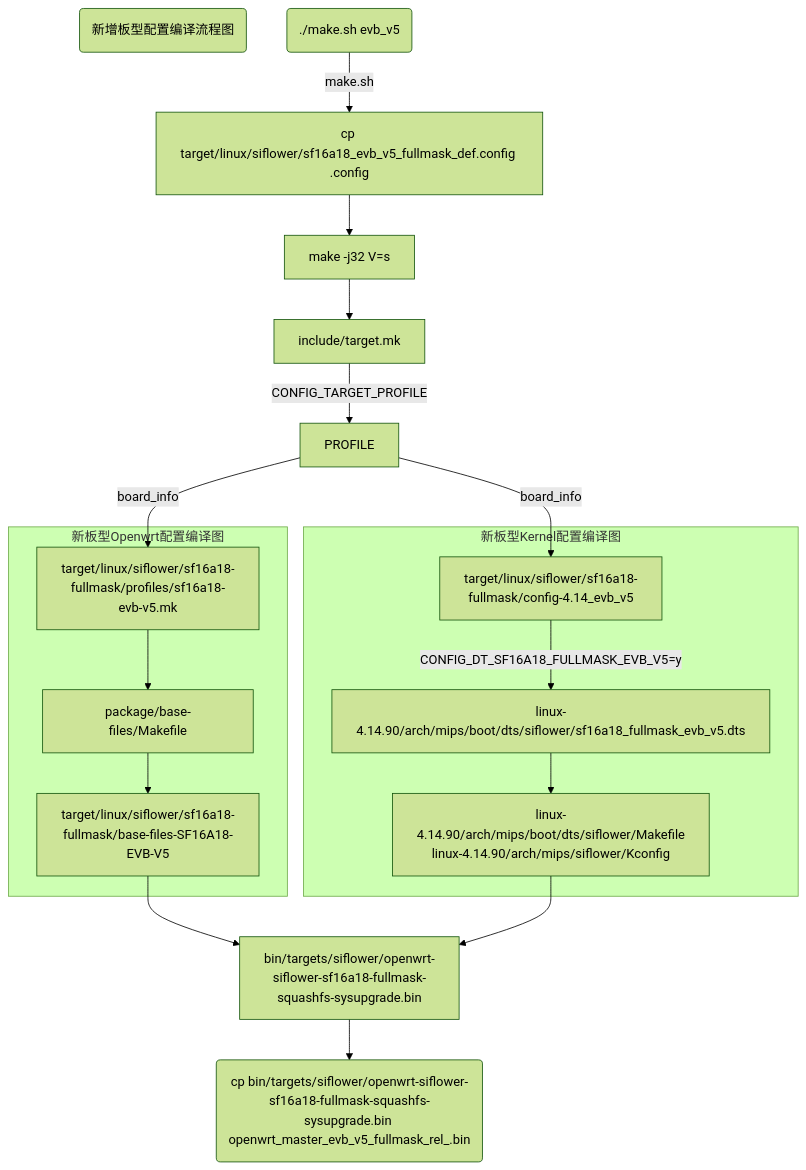
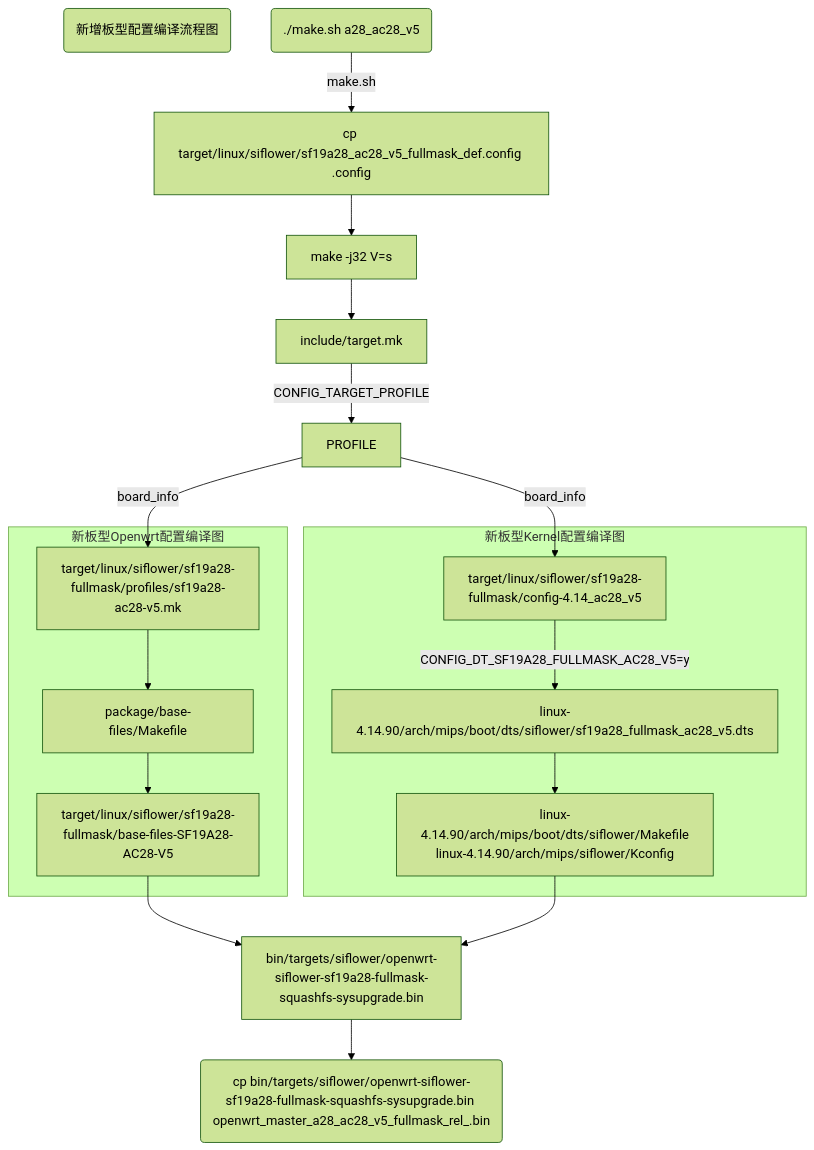
One commit to Siflower/siflower.github.io changed the second of 2 diagrams in _posts/blog/system/2020-09-08-newBoardImportGuide.md. Above: the diagram before and after it, drawn with Mermaid (forest theme). The commit also changed other lines of this file and 33 other files, not shown here.

````diff
--- a/_posts/blog/system/2020-09-08-newBoardImportGuide.md
+++ b/_posts/blog/system/2020-09-08-newBoardImportGuide.md
@@ -234,21 +234,21 @@
 ```mermaid
 graph TB
   title(新增板型配置编译流程图)
-  A(./make.sh evb_v5) --> |make.sh| B[cp target/linux/siflower/sf16a18_evb_v5_fullmask_def.config .config]
+  A(./make.sh a28_ac28_v5) --> |make.sh| B[cp target/linux/siflower/sf19a28_ac28_v5_fullmask_def.config .config]
   B --> C[make -j32 V=s]
   C --> D[include/target.mk]
   D --> |CONFIG_TARGET_PROFILE| E[PROFILE]
-  E --> |board_info| F[target/linux/siflower/sf16a18-fullmask/profiles/sf16a18-evb-v5.mk]
+  E --> |board_info| F[target/linux/siflower/sf19a28-fullmask/profiles/sf19a28-ac28-v5.mk]
   subgraph 新板型Openwrt配置编译图
   F --> G[package/base-files/Makefile]
-  G --> H[target/linux/siflower/sf16a18-fullmask/base-files-SF16A18-EVB-V5]
+  G --> H[target/linux/siflower/sf19a28-fullmask/base-files-SF19A28-AC28-V5]
   end
-  E --> |board_info| I[target/linux/siflower/sf16a18-fullmask/config-4.14_evb_v5]
+  E --> |board_info| I[target/linux/siflower/sf19a28-fullmask/config-4.14_ac28_v5]
   subgraph 新板型Kernel配置编译图
-  I --> |CONFIG_DT_SF16A18_FULLMASK_EVB_V5=y| J[linux-4.14.90/arch/mips/boot/dts/siflower/sf16a18_fullmask_evb_v5.dts]
+  I --> |CONFIG_DT_SF19A28_FULLMASK_AC28_V5=y| J[linux-4.14.90/arch/mips/boot/dts/siflower/sf19a28_fullmask_ac28_v5.dts]
   J --> L[linux-4.14.90/arch/mips/boot/dts/siflower/Makefile<br>linux-4.14.90/arch/mips/siflower/Kconfig]
   end
-  H --> M[bin/targets/siflower/openwrt-siflower-sf16a18-fullmask-squashfs-sysupgrade.bin]
+  H --> M[bin/targets/siflower/openwrt-siflower-sf19a28-fullmask-squashfs-sysupgrade.bin]
   L --> M
-  M --> N(cp bin/targets/siflower/openwrt-siflower-sf16a18-fullmask-squashfs-sysupgrade.bin openwrt_master_evb_v5_fullmask_rel_.bin)
+  M --> N(cp bin/targets/siflower/openwrt-siflower-sf19a28-fullmask-squashfs-sysupgrade.bin openwrt_master_a28_ac28_v5_fullmask_rel_.bin)
 ```
````
